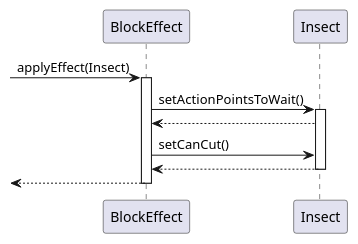
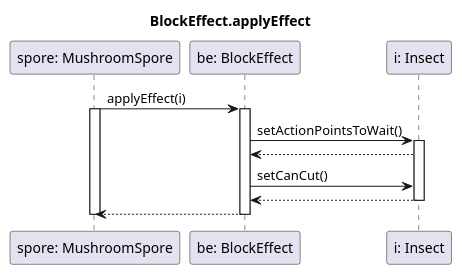
One commit to dzsem/projlab changed the diagram in diagrams/sequence/effects/blockeffect.plantuml. Above: the diagram before and after it, drawn with PlantUML. The commit also changed 3 other files, not shown here.

```diff
--- a/diagrams/sequence/effects/blockeffect.plantuml
+++ b/diagrams/sequence/effects/blockeffect.plantuml
@@ -1,21 +1,25 @@
 @startuml BlockEffect
+title BlockEffect.applyEffect
 
-participant "BlockEffect" as effect
-participant "Insect" as insect
+participant "spore: MushroomSpore" as spore
+participant "be: BlockEffect" as effect
+participant "i: Insect" as insect
 
--> effect : applyEffect(Insect)
+spore-> effect : applyEffect(i)
+activate spore
 activate effect
 
 effect->insect:setActionPointsToWait()
 activate insect
 
 effect<--insect
 
 effect->insect:setCanCut()
 effect<--insect
 deactivate insect
 
-<--effect
+spore<--effect
 deactivate effect
+deactivate spore
 
 @enduml
```
